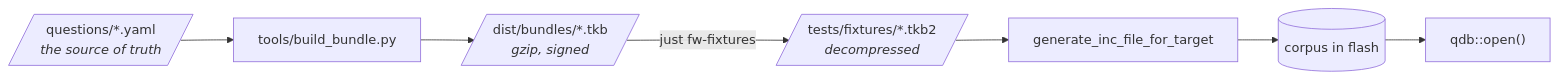
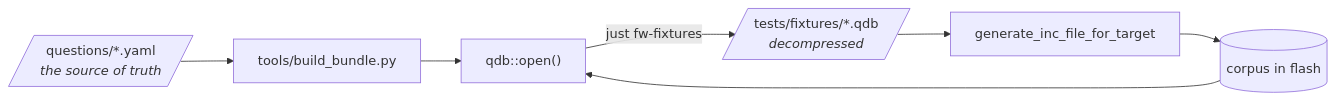
Before and after one commit to giacomomellone/cicala: the second of 13 diagrams in docs/firmware_architecture.md, drawn with Mermaid. The commit also changed other lines of this file and 31 other files, not shown here.

First line of the commit message:
refactor: the bundle is a .qdb, not a .tkb

````diff
--- a/docs/firmware_architecture.md
+++ b/docs/firmware_architecture.md
@@ -144,19 +144,19 @@
 ```mermaid
 flowchart LR
     YAML[/"questions/*.yaml<br/><i>the source of truth</i>"/]
     BUILD["tools/build_bundle.py"]
-    TKB[/"dist/bundles/*.tkb<br/><i>gzip, signed</i>"/]
-    RAW[/"tests/fixtures/*.tkb2<br/><i>decompressed</i>"/]
+    QDB[/"dist/bundles/*.qdb.gz<br/><i>gzip, signed</i>"/]
+    RAW[/"tests/fixtures/*.qdb<br/><i>decompressed</i>"/]
     INC["generate_inc_file_for_target"]
     IMG[("corpus in flash")]
     QDB["qdb::open()"]
 
     YAML --> BUILD
-    BUILD --> TKB
-    TKB -- "just fw-fixtures" --> RAW
+    BUILD --> QDB
+    QDB -- "just fw-fixtures" --> RAW
     RAW --> INC
     INC --> IMG
     IMG --> QDB
 
     classDef f fill:#f7f5f1,stroke:#9a8f7d
 ```
````
